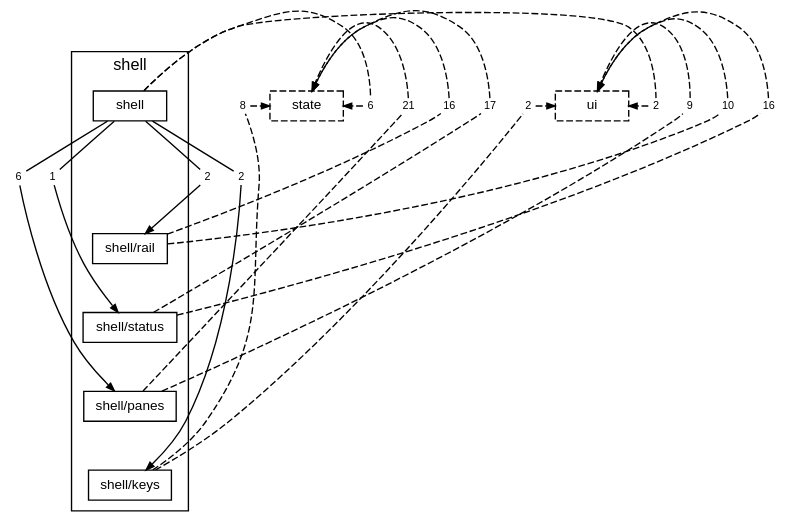
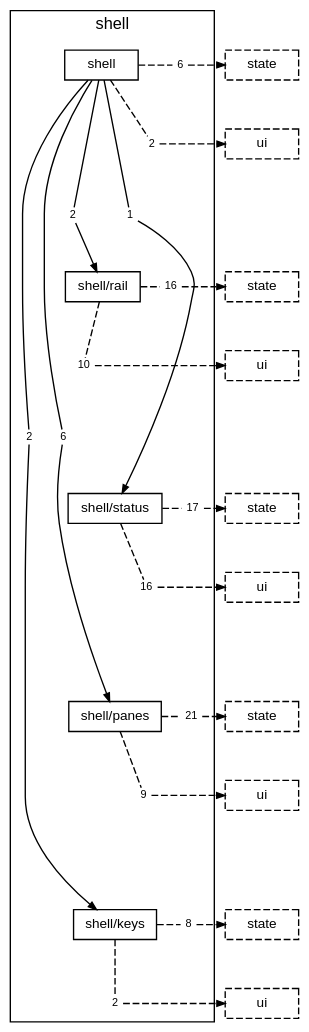
Before and after one commit to TheAxeC/oculus: the diagram in docs/diagrams/layer-shell.dot, drawn with Graphviz. The commit also changed 33 other files, not shown here.

First line of the commit message:
Land Q74: the layer diagrams readable with every count clear

```diff
--- a/docs/diagrams/layer-shell.dot
+++ b/docs/diagrams/layer-shell.dot
@@ -1,61 +1,79 @@
 digraph layer_shell {
     graph [bgcolor="transparent", rankdir=TB, newrank=true, fontname="Helvetica,Arial,sans-serif", fontsize=12, nodesep=0.2, ranksep=0.5];
     node [shape=box, color="black", fontcolor="black", fontname="Helvetica,Arial,sans-serif", fontsize=10, height=0.3, margin="0.12,0.04"];
     edge [color="black", fontcolor="black", fontname="Helvetica,Arial,sans-serif", fontsize=8, arrowsize=0.6];
     subgraph "cluster_shell" {
         label="shell"; style=solid;
         "folder shell" [label="shell"];
         "folder shell/rail" [label="shell/rail"];
         "folder shell/status" [label="shell/status"];
         "folder shell/panes" [label="shell/panes"];
         "folder shell/keys" [label="shell/keys"];
+        "folder shell to folder shell/keys" [label="2", shape=box, color="transparent", fontsize=8, width=0, height=0, margin="0.04,0.02"];
+        "folder shell to folder shell/panes" [label="6", shape=box, color="transparent", fontsize=8, width=0, height=0, margin="0.04,0.02"];
+        "folder shell to folder shell/rail" [label="2", shape=box, color="transparent", fontsize=8, width=0, height=0, margin="0.04,0.02"];
+        "folder shell to folder shell/status" [label="1", shape=box, color="transparent", fontsize=8, width=0, height=0, margin="0.04,0.02"];
+        "folder shell to layer state" [label="6", shape=box, color="transparent", fontsize=8, width=0, height=0, margin="0.04,0.02"];
+        "folder shell to layer ui" [label="2", shape=box, color="transparent", fontsize=8, width=0, height=0, margin="0.04,0.02"];
+        "folder shell/rail to layer state" [label="16", shape=box, color="transparent", fontsize=8, width=0, height=0, margin="0.04,0.02"];
+        "folder shell/rail to layer ui" [label="10", shape=box, color="transparent", fontsize=8, width=0, height=0, margin="0.04,0.02"];
+        "folder shell/status to layer state" [label="17", shape=box, color="transparent", fontsize=8, width=0, height=0, margin="0.04,0.02"];
+        "folder shell/status to layer ui" [label="16", shape=box, color="transparent", fontsize=8, width=0, height=0, margin="0.04,0.02"];
+        "folder shell/panes to layer state" [label="21", shape=box, color="transparent", fontsize=8, width=0, height=0, margin="0.04,0.02"];
+        "folder shell/panes to layer ui" [label="9", shape=box, color="transparent", fontsize=8, width=0, height=0, margin="0.04,0.02"];
+        "folder shell/keys to layer state" [label="8", shape=box, color="transparent", fontsize=8, width=0, height=0, margin="0.04,0.02"];
+        "folder shell/keys to layer ui" [label="2", shape=box, color="transparent", fontsize=8, width=0, height=0, margin="0.04,0.02"];
     }
-    "layer state" [label="state", style=dashed];
-    "layer ui" [label="ui", style=dashed];
-    "folder shell" -> "folder shell/rail" [style=invis, weight=10];
-    "folder shell/rail" -> "folder shell/status" [style=invis, weight=10];
-    "folder shell/status" -> "folder shell/panes" [style=invis, weight=10];
-    "folder shell/panes" -> "folder shell/keys" [style=invis, weight=10];
-    "folder shell to folder shell/keys" [label="2", shape=box, color="transparent", fontsize=8, width=0, height=0, margin="0.04,0.02"];
-    "folder shell" -> "folder shell to folder shell/keys" [arrowhead=none];
+    "layer state from folder shell" [label="state", style=dashed];
+    "layer ui from folder shell" [label="ui", style=dashed];
+    "layer state from folder shell/rail" [label="state", style=dashed];
+    "layer ui from folder shell/rail" [label="ui", style=dashed];
+    "layer state from folder shell/status" [label="state", style=dashed];
+    "layer ui from folder shell/status" [label="ui", style=dashed];
+    "layer state from folder shell/panes" [label="state", style=dashed];
+    "layer ui from folder shell/panes" [label="ui", style=dashed];
+    "layer state from folder shell/keys" [label="state", style=dashed];
+    "layer ui from folder shell/keys" [label="ui", style=dashed];
+    "folder shell" -> "folder shell/rail" [style=invis, weight=10, minlen=3];
+    "folder shell/rail" -> "folder shell/status" [style=invis, weight=10, minlen=3];
+    "folder shell/status" -> "folder shell/panes" [style=invis, weight=10, minlen=3];
+    "folder shell/panes" -> "folder shell/keys" [style=invis, weight=10, minlen=3];
+    "folder shell" -> "folder shell to folder shell/keys" [arrowhead=none, minlen=5, weight=10];
     "folder shell to folder shell/keys" -> "folder shell/keys" [];
-    "folder shell to folder shell/panes" [label="6", shape=box, color="transparent", fontsize=8, width=0, height=0, margin="0.04,0.02"];
-    "folder shell" -> "folder shell to folder shell/panes" [arrowhead=none];
+    "folder shell" -> "folder shell to folder shell/panes" [arrowhead=none, minlen=5, weight=10];
     "folder shell to folder shell/panes" -> "folder shell/panes" [];
-    "folder shell to folder shell/rail" [label="2", shape=box, color="transparent", fontsize=8, width=0, height=0, margin="0.04,0.02"];
-    "folder shell" -> "folder shell to folder shell/rail" [arrowhead=none];
+    "folder shell" -> "folder shell to folder shell/rail" [arrowhead=none, minlen=2, weight=10];
     "folder shell to folder shell/rail" -> "folder shell/rail" [];
-    "folder shell to folder shell/status" [label="1", shape=box, color="transparent", fontsize=8, width=0, height=0, margin="0.04,0.02"];
-    "folder shell" -> "folder shell to folder shell/status" [arrowhead=none];
+    "folder shell" -> "folder shell to folder shell/status" [arrowhead=none, minlen=2, weight=10];
     "folder shell to folder shell/status" -> "folder shell/status" [];
-    "folder shell to layer state" [label="6", shape=box, color="transparent", fontsize=8, width=0, height=0, margin="0.04,0.02"];
-    "folder shell" -> "folder shell to layer state" [arrowhead=none, style=dashed, constraint=false];
-    "folder shell to layer state" -> "layer state" [style=dashed, constraint=false];
-    "folder shell to layer ui" [label="2", shape=box, color="transparent", fontsize=8, width=0, height=0, margin="0.04,0.02"];
-    "folder shell" -> "folder shell to layer ui" [arrowhead=none, style=dashed, constraint=false];
-    "folder shell to layer ui" -> "layer ui" [style=dashed, constraint=false];
-    "folder shell/keys to layer state" [label="8", shape=box, color="transparent", fontsize=8, width=0, height=0, margin="0.04,0.02"];
-    "folder shell/keys" -> "folder shell/keys to layer state" [arrowhead=none, style=dashed, constraint=false];
-    "folder shell/keys to layer state" -> "layer state" [style=dashed, constraint=false];
-    "folder shell/keys to layer ui" [label="2", shape=box, color="transparent", fontsize=8, width=0, height=0, margin="0.04,0.02"];
-    "folder shell/keys" -> "folder shell/keys to layer ui" [arrowhead=none, style=dashed, constraint=false];
-    "folder shell/keys to layer ui" -> "layer ui" [style=dashed, constraint=false];
-    "folder shell/panes to layer state" [label="21", shape=box, color="transparent", fontsize=8, width=0, height=0, margin="0.04,0.02"];
-    "folder shell/panes" -> "folder shell/panes to layer state" [arrowhead=none, style=dashed, constraint=false];
-    "folder shell/panes to layer state" -> "layer state" [style=dashed, constraint=false];
-    "folder shell/panes to layer ui" [label="9", shape=box, color="transparent", fontsize=8, width=0, height=0, margin="0.04,0.02"];
-    "folder shell/panes" -> "folder shell/panes to layer ui" [arrowhead=none, style=dashed, constraint=false];
-    "folder shell/panes to layer ui" -> "layer ui" [style=dashed, constraint=false];
-    "folder shell/rail to layer state" [label="16", shape=box, color="transparent", fontsize=8, width=0, height=0, margin="0.04,0.02"];
-    "folder shell/rail" -> "folder shell/rail to layer state" [arrowhead=none, style=dashed, constraint=false];
-    "folder shell/rail to layer state" -> "layer state" [style=dashed, constraint=false];
-    "folder shell/rail to layer ui" [label="10", shape=box, color="transparent", fontsize=8, width=0, height=0, margin="0.04,0.02"];
-    "folder shell/rail" -> "folder shell/rail to layer ui" [arrowhead=none, style=dashed, constraint=false];
-    "folder shell/rail to layer ui" -> "layer ui" [style=dashed, constraint=false];
-    "folder shell/status to layer state" [label="17", shape=box, color="transparent", fontsize=8, width=0, height=0, margin="0.04,0.02"];
-    "folder shell/status" -> "folder shell/status to layer state" [arrowhead=none, style=dashed, constraint=false];
-    "folder shell/status to layer state" -> "layer state" [style=dashed, constraint=false];
-    "folder shell/status to layer ui" [label="16", shape=box, color="transparent", fontsize=8, width=0, height=0, margin="0.04,0.02"];
-    "folder shell/status" -> "folder shell/status to layer ui" [arrowhead=none, style=dashed, constraint=false];
-    "folder shell/status to layer ui" -> "layer ui" [style=dashed, constraint=false];
+    "folder shell" -> "folder shell to layer state" [arrowhead=none, style=dashed];
+    "folder shell to layer state" -> "layer state from folder shell" [style=dashed];
+    { rank=same; "folder shell"; "folder shell to layer state"; "layer state from folder shell"; }
+    "folder shell" -> "folder shell to layer ui" [arrowhead=none, style=dashed, minlen=1, weight=10];
+    "folder shell to layer ui" -> "layer ui from folder shell" [style=dashed];
+    { rank=same; "folder shell to layer ui"; "layer ui from folder shell"; }
+    "folder shell/rail" -> "folder shell/rail to layer state" [arrowhead=none, style=dashed];
+    "folder shell/rail to layer state" -> "layer state from folder shell/rail" [style=dashed];
+    { rank=same; "folder shell/rail"; "folder shell/rail to layer state"; "layer state from folder shell/rail"; }
+    "folder shell/rail" -> "folder shell/rail to layer ui" [arrowhead=none, style=dashed, minlen=1, weight=10];
+    "folder shell/rail to layer ui" -> "layer ui from folder shell/rail" [style=dashed];
+    { rank=same; "folder shell/rail to layer ui"; "layer ui from folder shell/rail"; }
+    "folder shell/status" -> "folder shell/status to layer state" [arrowhead=none, style=dashed];
+    "folder shell/status to layer state" -> "layer state from folder shell/status" [style=dashed];
+    { rank=same; "folder shell/status"; "folder shell/status to layer state"; "layer state from folder shell/status"; }
+    "folder shell/status" -> "folder shell/status to layer ui" [arrowhead=none, style=dashed, minlen=1, weight=10];
+    "folder shell/status to layer ui" -> "layer ui from folder shell/status" [style=dashed];
+    { rank=same; "folder shell/status to layer ui"; "layer ui from folder shell/status"; }
+    "folder shell/panes" -> "folder shell/panes to layer state" [arrowhead=none, style=dashed];
+    "folder shell/panes to layer state" -> "layer state from folder shell/panes" [style=dashed];
+    { rank=same; "folder shell/panes"; "folder shell/panes to layer state"; "layer state from folder shell/panes"; }
+    "folder shell/panes" -> "folder shell/panes to layer ui" [arrowhead=none, style=dashed, minlen=1, weight=10];
+    "folder shell/panes to layer ui" -> "layer ui from folder shell/panes" [style=dashed];
+    { rank=same; "folder shell/panes to layer ui"; "layer ui from folder shell/panes"; }
+    "folder shell/keys" -> "folder shell/keys to layer state" [arrowhead=none, style=dashed];
+    "folder shell/keys to layer state" -> "layer state from folder shell/keys" [style=dashed];
+    { rank=same; "folder shell/keys"; "folder shell/keys to layer state"; "layer state from folder shell/keys"; }
+    "folder shell/keys" -> "folder shell/keys to layer ui" [arrowhead=none, style=dashed, minlen=1, weight=10];
+    "folder shell/keys to layer ui" -> "layer ui from folder shell/keys" [style=dashed];
+    { rank=same; "folder shell/keys to layer ui"; "layer ui from folder shell/keys"; }
 }
```
